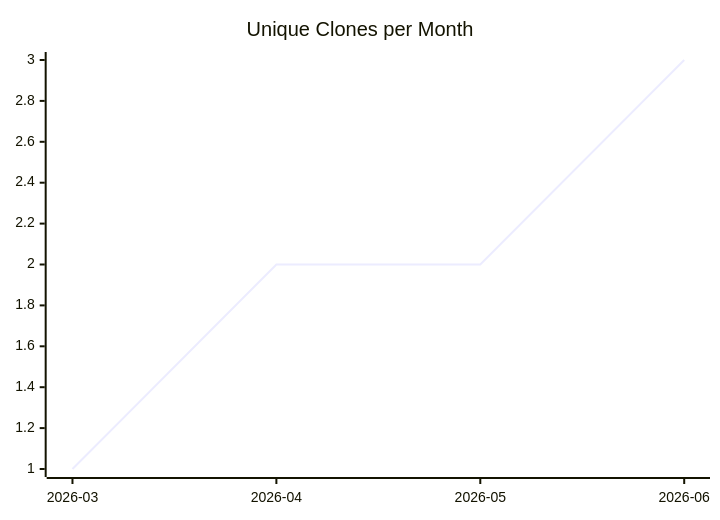
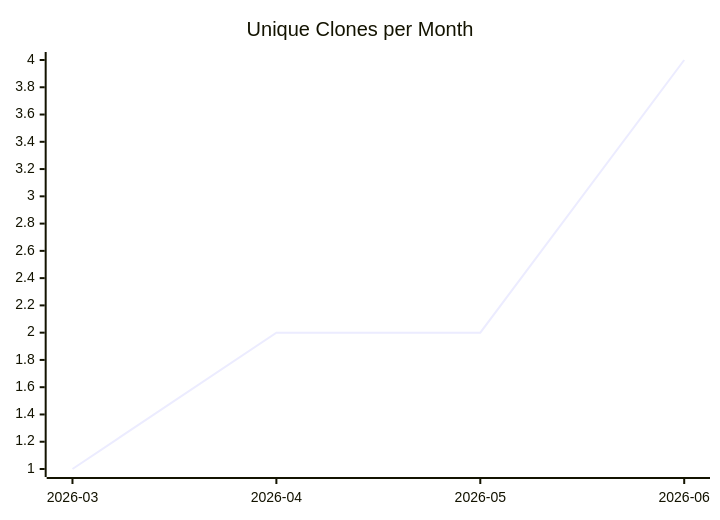
One commit to justdavis-family/github-analytics-data changed the third of 3 diagrams in karlmdavis/ansible-role-ldap/README.md. Above: the diagram before and after it, drawn with Mermaid. The commit also changed other lines of this file and 196 other files, not shown here.

````diff
--- a/karlmdavis/ansible-role-ldap/README.md
+++ b/karlmdavis/ansible-role-ldap/README.md
@@ -19,6 +19,6 @@
 ```mermaid
 xychart-beta
   title "Unique Clones per Month"
   x-axis ["2026-03", "2026-04", "2026-05", "2026-06"]
-  line [1, 2, 2, 3]
+  line [1, 2, 2, 4]
 ```
````
